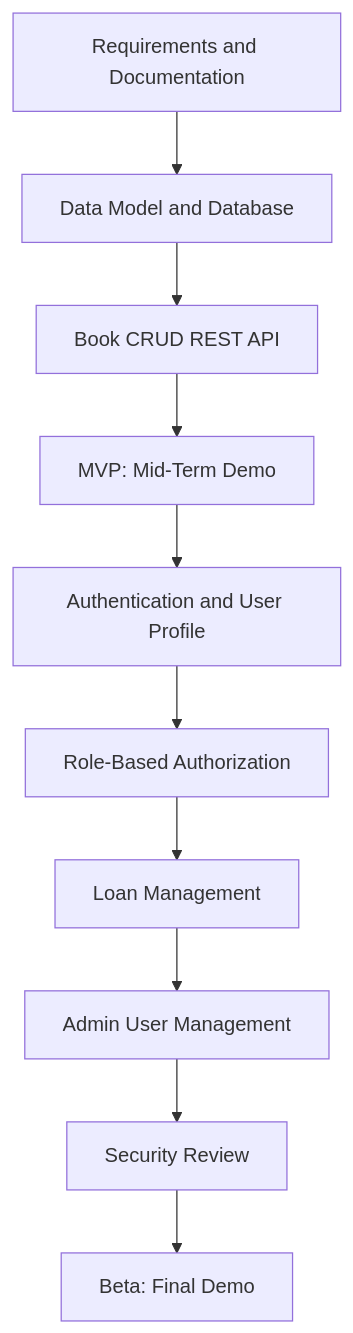
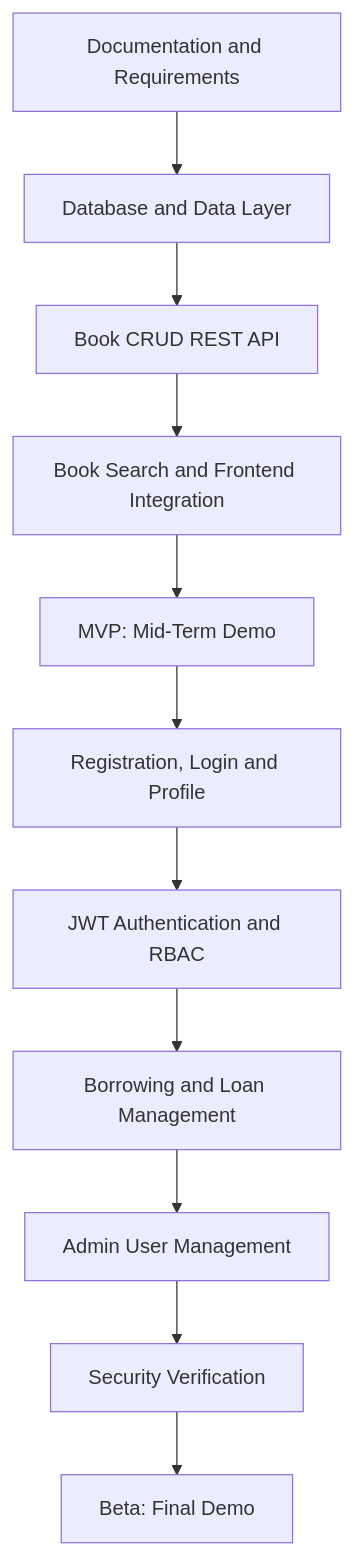
One commit to Adi1ba/prac changed the diagram in docs/01-prd.md. Above: the diagram before and after it, drawn with Mermaid. The commit also changed other lines of this file, not shown here.

First line of the commit message:
PRD with release plans and user stories

````diff
--- a/docs/01-prd.md
+++ b/docs/01-prd.md
@@ -52,12 +28,13 @@
 ```mermaid
 flowchart TD
-    A[Requirements and Documentation] --> B[Data Model and Database]
+    A[Documentation and Requirements] --> B[Database and Data Layer]
     B --> C[Book CRUD REST API]
-    C --> D[MVP: Mid-Term Demo]
-    D --> E[Authentication and User Profile]
-    E --> F[Role-Based Authorization]
-    F --> G[Loan Management]
-    G --> H[Admin User Management]
-    H --> I[Security Review]
-    I --> J[Beta: Final Demo]
+    C --> D[Book Search and Frontend Integration]
+    D --> E[MVP: Mid-Term Demo]
+    E --> F[Registration, Login and Profile]
+    F --> G[JWT Authentication and RBAC]
+    G --> H[Borrowing and Loan Management]
+    H --> I[Admin User Management]
+    I --> J[Security Verification]
+    J --> K[Beta: Final Demo]
 ```
````
